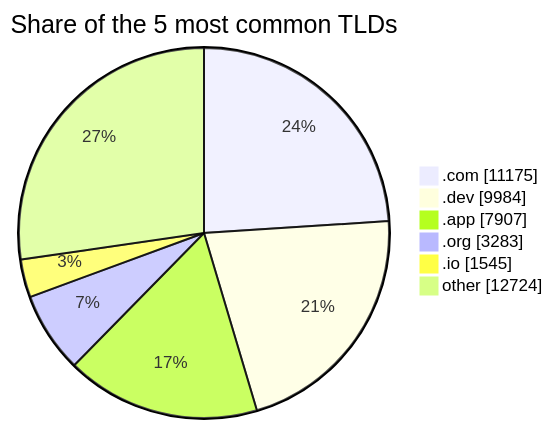
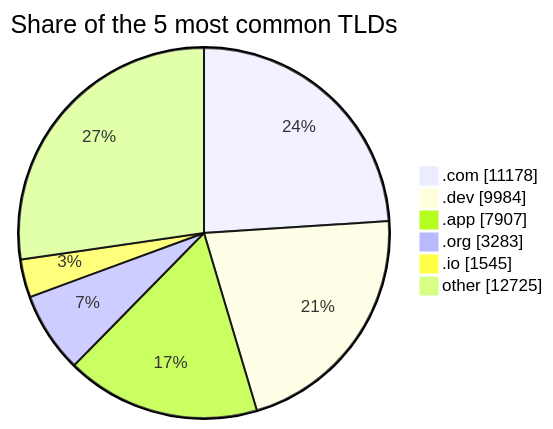
The third of 3 diagrams in README.md (DNSBunker/CTI), drawn with Mermaid before and after one commit. The commit also changed other lines of this file and 3 other files, not shown here.

````diff
--- a/README.md
+++ b/README.md
@@ -81,9 +81,9 @@
 ```mermaid
 pie showData title Share of the 5 most common TLDs
-    ".com" : 11175
+    ".com" : 11178
     ".dev" : 9984
     ".app" : 7907
     ".org" : 3283
     ".io" : 1545
-    "other" : 12724
+    "other" : 12725
 ```
````
